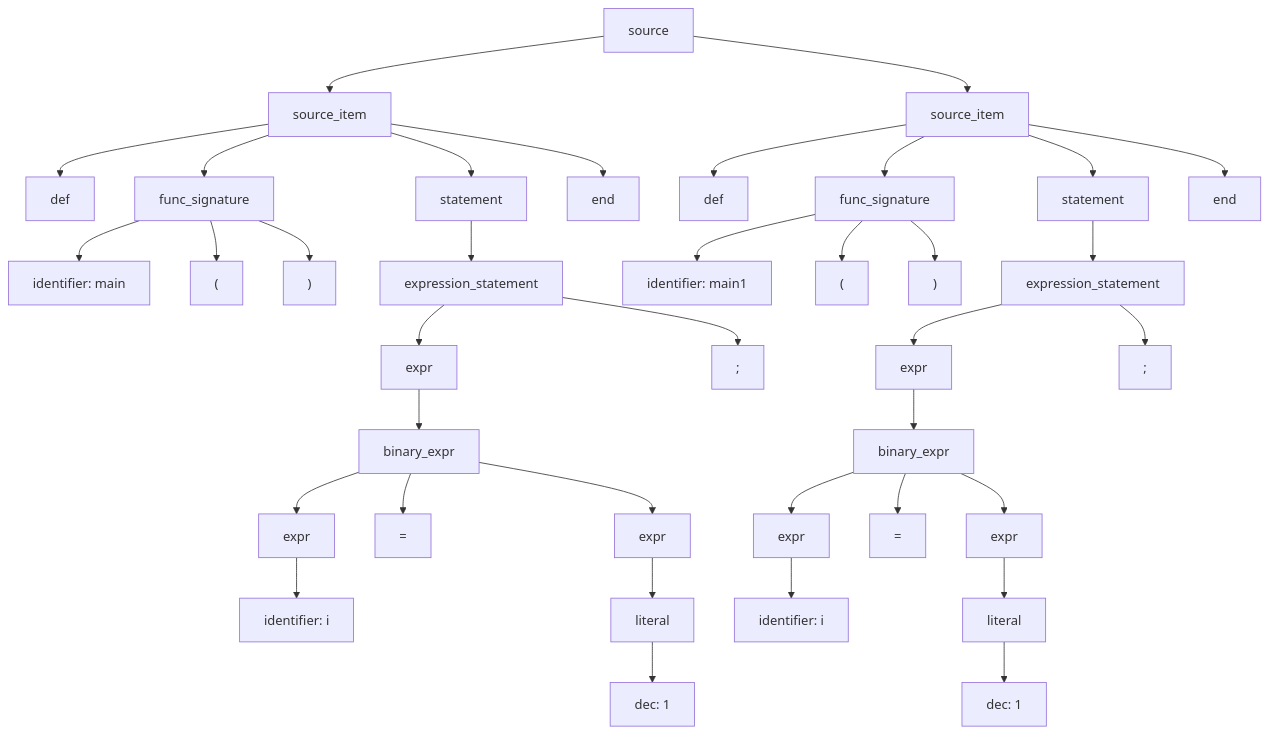
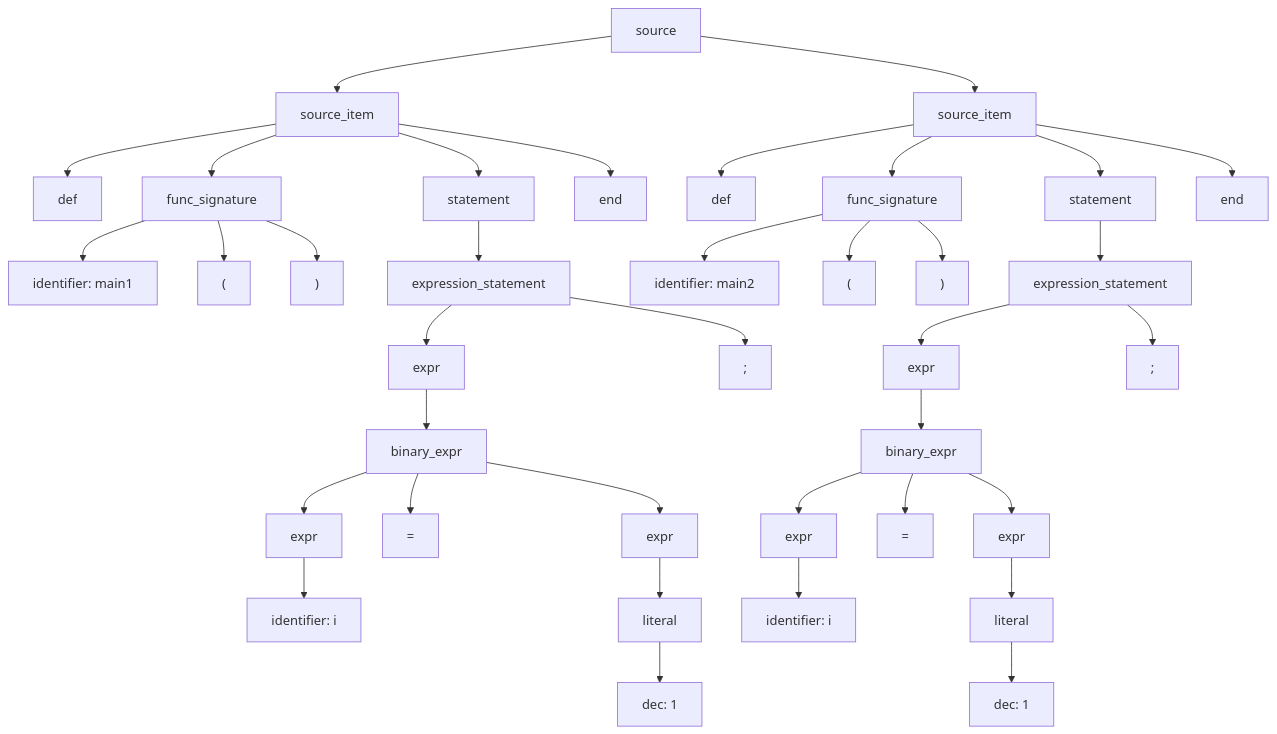
One commit to ErnandesDaniel/system-software-lab-2 changed the diagram in ast.mmd. Above: the diagram before and after it, drawn with Mermaid. The commit also changed 2 other files, not shown here.

```diff
--- a/ast.mmd
+++ b/ast.mmd
@@ -1,74 +1,74 @@
 graph TD;
 N0["source"]
 N1["source_item"]
 N0 --> N1
 N2["def"]
 N1 --> N2
 N3["func_signature"]
 N1 --> N3
-N4["identifier: main"]
+N4["identifier: main1"]
 N3 --> N4
 N5["("]
 N3 --> N5
 N6[")"]
 N3 --> N6
 N7["statement"]
 N1 --> N7
 N8["expression_statement"]
 N7 --> N8
 N9["expr"]
 N8 --> N9
 N10["binary_expr"]
 N9 --> N10
 N11["expr"]
 N10 --> N11
 N12["identifier: i"]
 N11 --> N12
 N13["="]
 N10 --> N13
 N14["expr"]
 N10 --> N14
 N15["literal"]
 N14 --> N15
 N16["dec: 1"]
 N15 --> N16
 N17[";"]
 N8 --> N17
 N18["end"]
 N1 --> N18
 N19["source_item"]
 N0 --> N19
 N20["def"]
 N19 --> N20
 N21["func_signature"]
 N19 --> N21
-N22["identifier: main1"]
+N22["identifier: main2"]
 N21 --> N22
 N23["("]
 N21 --> N23
 N24[")"]
 N21 --> N24
 N25["statement"]
 N19 --> N25
 N26["expression_statement"]
 N25 --> N26
 N27["expr"]
 N26 --> N27
 N28["binary_expr"]
 N27 --> N28
 N29["expr"]
 N28 --> N29
 N30["identifier: i"]
 N29 --> N30
 N31["="]
 N28 --> N31
 N32["expr"]
 N28 --> N32
 N33["literal"]
 N32 --> N33
 N34["dec: 1"]
 N33 --> N34
 N35[";"]
 N26 --> N35
 N36["end"]
 N19 --> N36
```
